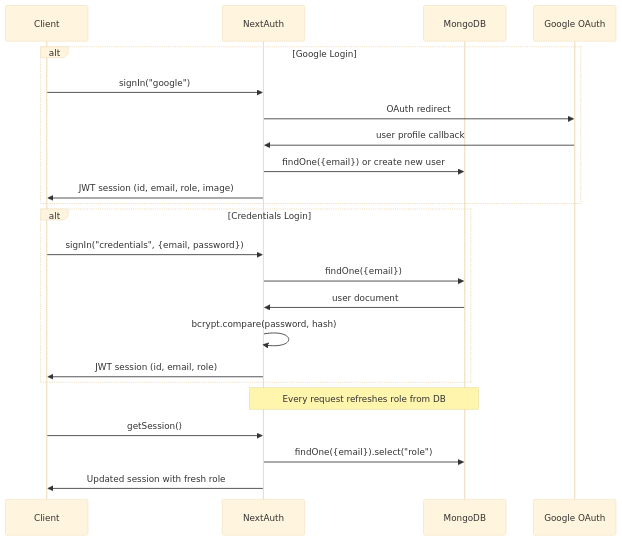
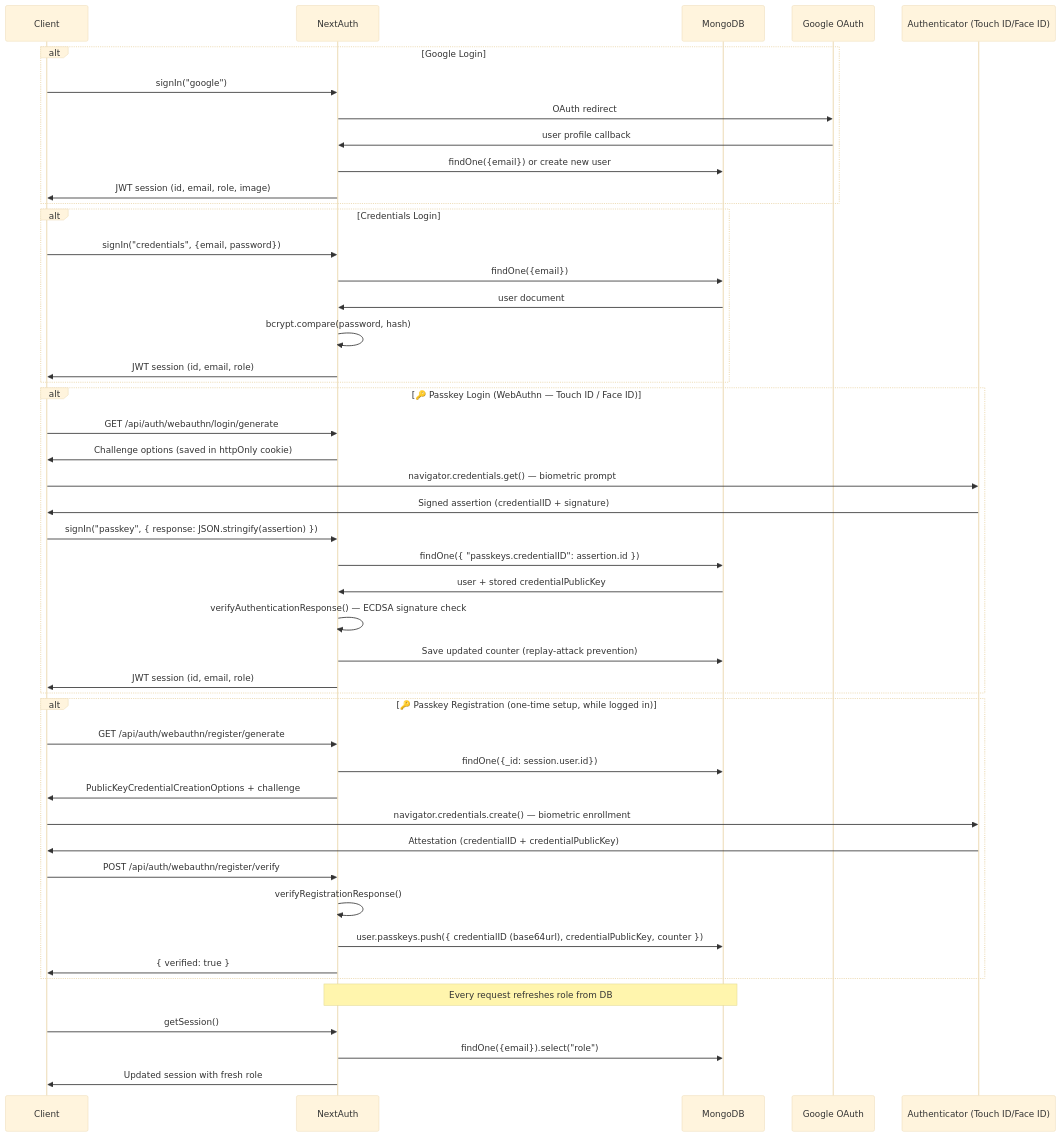
Before and after one commit to Zuhaib-dev/rydex: the second of 2 diagrams in rydexx/README.md, drawn with Mermaid (base theme). The commit also changed other lines of this file and 2 other files, not shown here.

Commit message:
feat: implement biometric passkey authentication (WebAuthn) and update project documentation

````diff
--- a/rydexx/README.md
+++ b/rydexx/README.md
@@ -236,28 +243,54 @@
 ```mermaid
 sequenceDiagram
     participant C as Client
     participant NA as NextAuth
     participant DB as MongoDB
     participant G as Google OAuth
+    participant Auth as Authenticator (Touch ID/Face ID)
 
     alt Google Login
         C->>NA: signIn("google")
         NA->>G: OAuth redirect
         G->>NA: user profile callback
         NA->>DB: findOne({email}) or create new user
         NA->>C: JWT session (id, email, role, image)
     end
 
     alt Credentials Login
         C->>NA: signIn("credentials", {email, password})
         NA->>DB: findOne({email})
         DB->>NA: user document
         NA->>NA: bcrypt.compare(password, hash)
         NA->>C: JWT session (id, email, role)
     end
 
+    alt 🔑 Passkey Login (WebAuthn — Touch ID / Face ID)
+        C->>NA: GET /api/auth/webauthn/login/generate
+        NA->>C: Challenge options (saved in httpOnly cookie)
+        C->>Auth: navigator.credentials.get() — biometric prompt
+        Auth->>C: Signed assertion (credentialID + signature)
+        C->>NA: signIn("passkey", { response: JSON.stringify(assertion) })
+        NA->>DB: findOne({ "passkeys.credentialID": assertion.id })
+        DB->>NA: user + stored credentialPublicKey
+        NA->>NA: verifyAuthenticationResponse() — ECDSA signature check
+        NA->>DB: Save updated counter (replay-attack prevention)
+        NA->>C: JWT session (id, email, role)
+    end
+
+    alt 🔑 Passkey Registration (one-time setup, while logged in)
+        C->>NA: GET /api/auth/webauthn/register/generate
+        NA->>DB: findOne({_id: session.user.id})
+        NA->>C: PublicKeyCredentialCreationOptions + challenge
+        C->>Auth: navigator.credentials.create() — biometric enrollment
+        Auth->>C: Attestation (credentialID + credentialPublicKey)
+        C->>NA: POST /api/auth/webauthn/register/verify
+        NA->>NA: verifyRegistrationResponse()
+        NA->>DB: user.passkeys.push({ credentialID (base64url), credentialPublicKey, counter })
+        NA->>C: { verified: true }
+    end
+
     Note over NA, DB: Every request refreshes role from DB
     C->>NA: getSession()
     NA->>DB: findOne({email}).select("role")
     NA->>C: Updated session with fresh role
 ```
````
